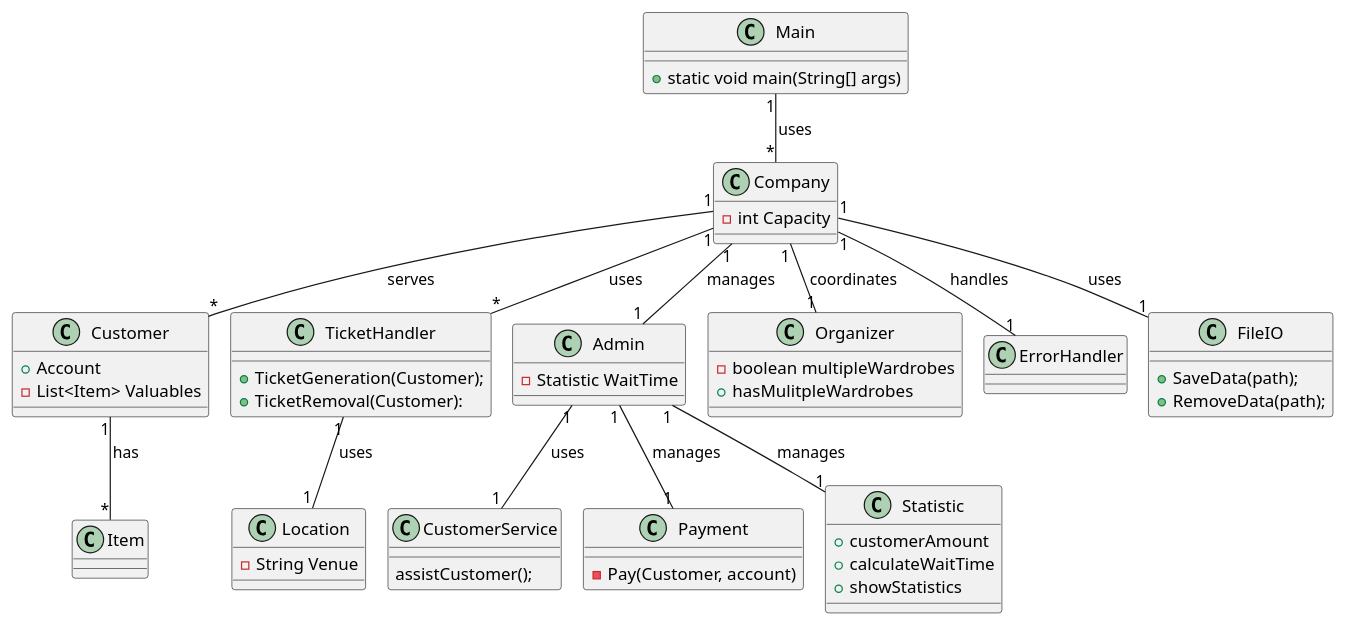
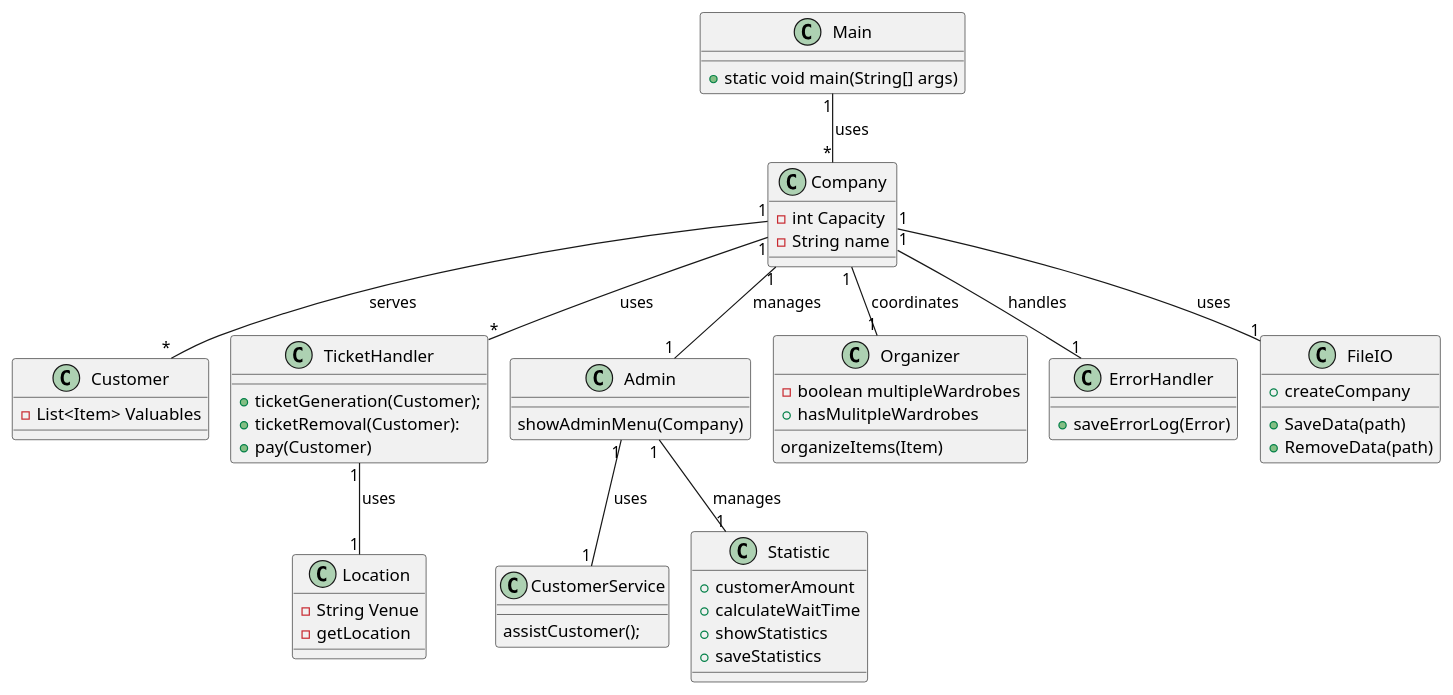
The diagram in doc/Plan/static/classdiagram_v1.puml (ValdemarLarsen02/IWardrobe), drawn with PlantUML before and after one commit. The commit also changed 2 other files, not shown here.

Commit message:
rip item

```diff
--- a/doc/Plan/static/classdiagram_v1.puml
+++ b/doc/Plan/static/classdiagram_v1.puml
@@ -1,80 +1,76 @@
 @startuml
 !pragma layout smetana
 class Main{
 + static void main(String[] args)
 }
 
 
 
 class Customer {
-    + Account
     - List<Item> Valuables
 }
 
 class Company {
     - int Capacity
+    - String name
 
 }
 
 class TicketHandler {
-    + TicketGeneration(Customer);
-    + TicketRemoval(Customer):
+    + ticketGeneration(Customer);
+    + ticketRemoval(Customer):
+    + pay(Customer)
 }
 
 class Admin {
-    - Statistic WaitTime
+    showAdminMenu(Company)
 }
 
 class CustomerService {
     assistCustomer();
 }
 
-class Payment {
-    -Pay(Customer, account)
-}
 
 class Organizer {
     -boolean multipleWardrobes
     +hasMulitpleWardrobes
+    organizeItems(Item)
 }
 
 class Location {
     - String Venue
+    - getLocation
 }
 
 class ErrorHandler {
+    + saveErrorLog(Error)
 }
 
 class FileIO {
-    +SaveData(path);
-    +RemoveData(path);
-}
-
-class Item {
-
-
+    +createCompany
+    +SaveData(path)
+    +RemoveData(path)
 }
 
 class Statistic {
     +customerAmount
     +calculateWaitTime
     +showStatistics
+    +saveStatistics
 }
 
 Main "1" -- "*" Company : uses >
-Customer "1" -- "*" Item : has >
 
 Company "1" -- "*" Customer : serves >
 Company "1" -- "*" TicketHandler : uses >
 Company "1" -- "1" Admin : manages >
 Company "1" -- "1" Organizer : coordinates >
 Company "1" -- "1" ErrorHandler : handles >
 Company "1" -- "1" FileIO : uses >
 
 Admin "1" -- "1" CustomerService : uses >
-Admin "1" -- "1" Payment : manages >
 Admin "1" -- "1" Statistic : manages >
 
 TicketHandler "1" -- "1" Location : uses >
 
 @enduml
```
